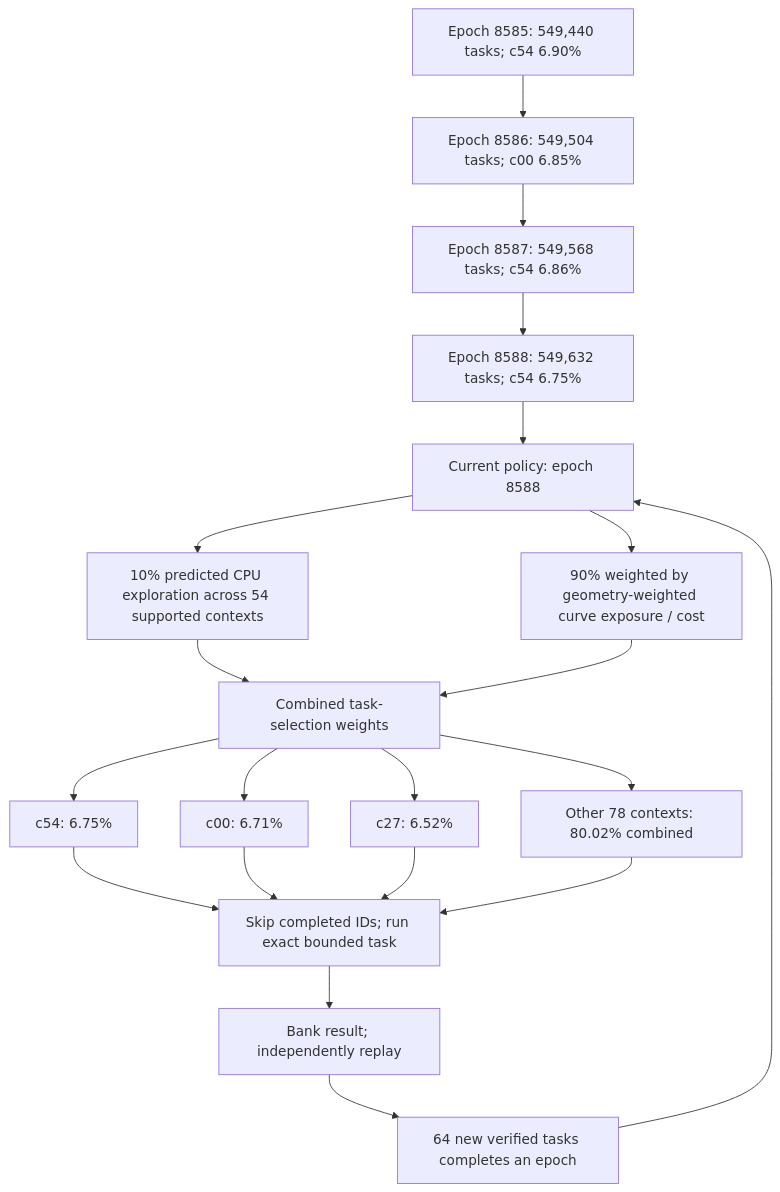
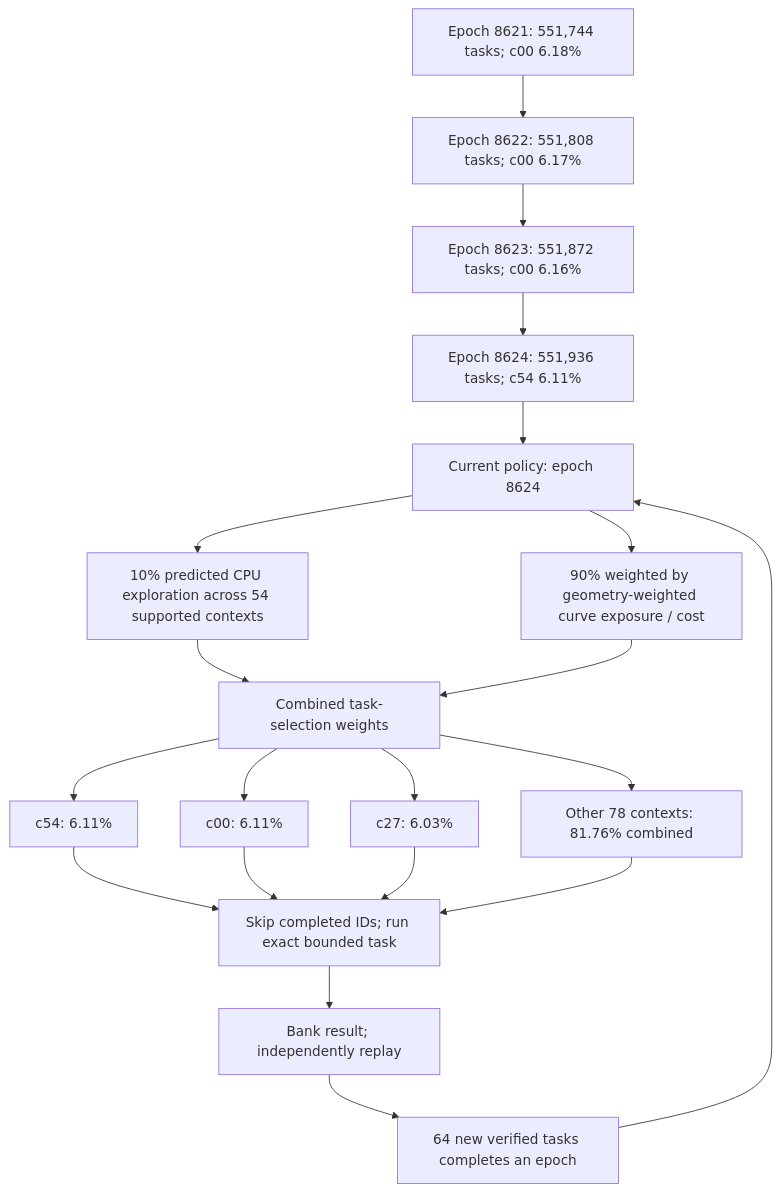
One commit to Kuberwastaken/math-gambling changed the first of 4 diagrams in README.md. Above: the diagram before and after it, drawn with Mermaid. The commit also changed other lines of this file and 5162 other files, not shown here.

````diff
--- a/README.md
+++ b/README.md
@@ -60,27 +60,27 @@
 ```mermaid
 flowchart TD
-    H0["Epoch 8585: 549,440 tasks; c54 6.90%"]
-    H1["Epoch 8586: 549,504 tasks; c00 6.85%"]
+    H0["Epoch 8621: 551,744 tasks; c00 6.18%"]
+    H1["Epoch 8622: 551,808 tasks; c00 6.17%"]
     H0 --> H1
-    H2["Epoch 8587: 549,568 tasks; c54 6.86%"]
+    H2["Epoch 8623: 551,872 tasks; c00 6.16%"]
     H1 --> H2
-    H3["Epoch 8588: 549,632 tasks; c54 6.75%"]
+    H3["Epoch 8624: 551,936 tasks; c54 6.11%"]
     H2 --> H3
-    Policy["Current policy: epoch 8588"]
+    Policy["Current policy: epoch 8624"]
     H3 --> Policy
     Policy --> Explore["10% predicted CPU exploration across 54 supported contexts"]
     Policy --> Cost["90% weighted by geometry-weighted curve exposure / cost"]
     Explore --> Mix["Combined task-selection weights"]
     Cost --> Mix
-    Mix --> C0["c54: 6.75%"]
-    Mix --> C1["c00: 6.71%"]
-    Mix --> C2["c27: 6.52%"]
-    Mix --> Rest["Other 78 contexts: 80.02% combined"]
+    Mix --> C0["c54: 6.11%"]
+    Mix --> C1["c00: 6.11%"]
+    Mix --> C2["c27: 6.03%"]
+    Mix --> Rest["Other 78 contexts: 81.76% combined"]
     C0 --> Check["Skip completed IDs; run exact bounded task"]
     C1 --> Check
     C2 --> Check
     Rest --> Check
     Check --> Replay["Bank result; independently replay"]
     Replay --> Gate["64 new verified tasks completes an epoch"]
     Gate --> Policy
 ```
````
